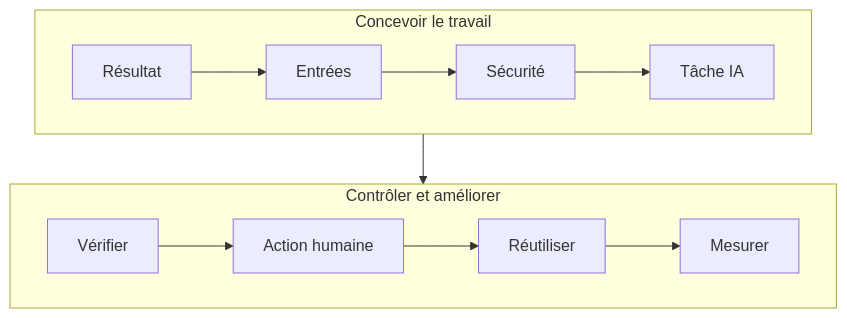
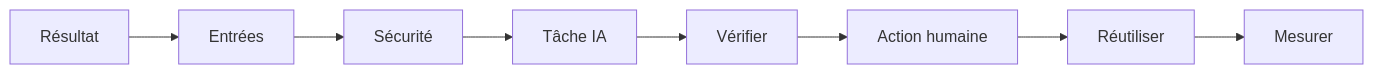
Before and after one commit to Ange230700/ibm-ai-foundations-for-everyone-notes: the diagram in teaching/visuals/s05/fr/workflow-canvas.mmd, drawn with Mermaid. The commit also changed 3 other files, not shown here.

```diff
--- a/teaching/visuals/s05/fr/workflow-canvas.mmd
+++ b/teaching/visuals/s05/fr/workflow-canvas.mmd
@@ -1,10 +1,8 @@
-flowchart TB
- subgraph D["Concevoir le travail"]
-  direction LR
-  A["Résultat"] --> B["Entrées"] --> C["Sécurité"] --> E["Tâche IA"]
- end
- subgraph R["Contrôler et améliorer"]
-  direction LR
-  F["Vérifier"] --> G["Action humaine"] --> H["Réutiliser"] --> I["Mesurer"]
- end
- E --> F
+flowchart LR
+ A["Résultat"] --> B["Entrées"]
+ B --> C["Sécurité"]
+ C --> D["Tâche IA"]
+ D --> E["Vérifier"]
+ E --> F["Action humaine"]
+ F --> G["Réutiliser"]
+ G --> H["Mesurer"]
```
